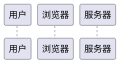
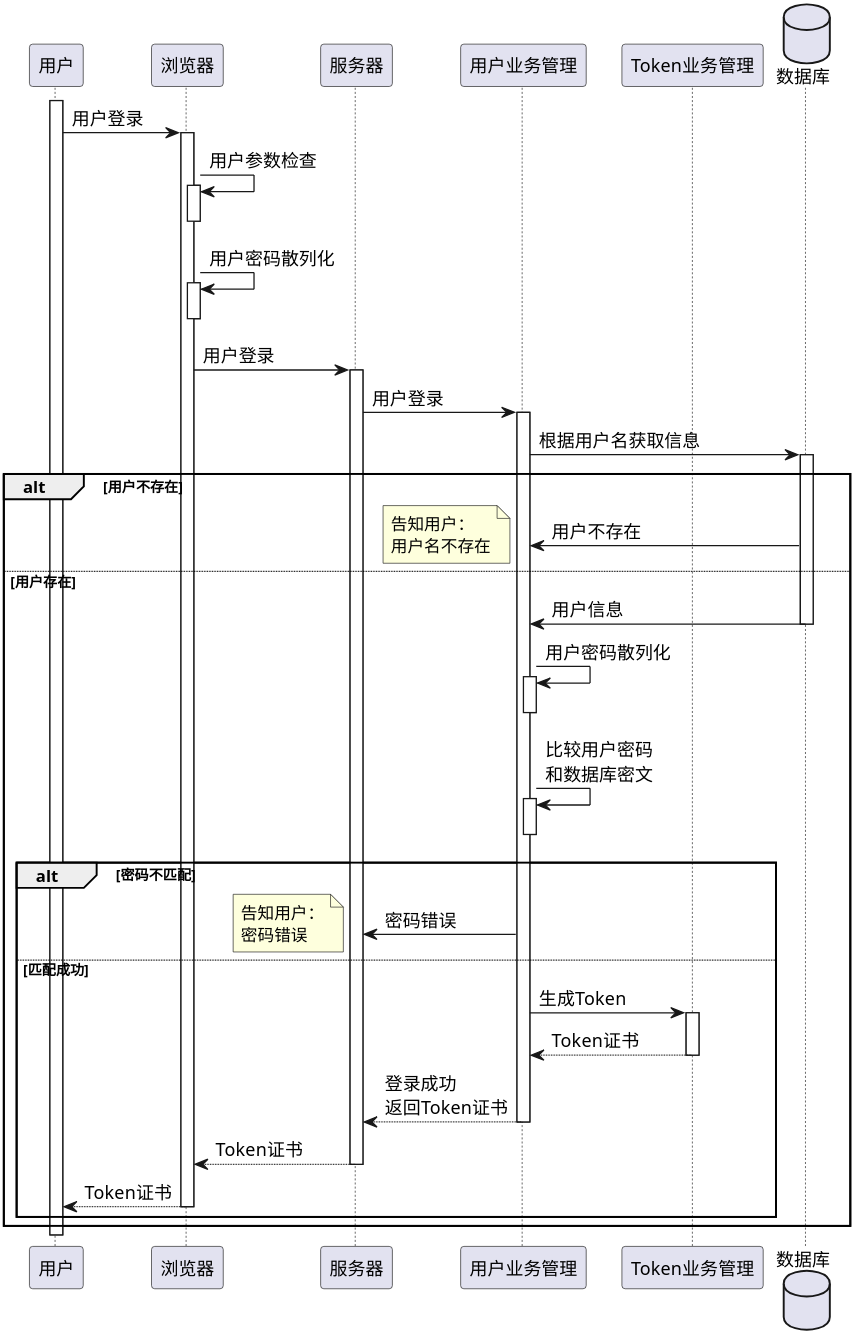
Before and after one commit to Etherealss/AskAnswer: the diagram in uml/时序图/user/登录.puml, drawn with PlantUML. The commit also changed 6 other files, not shown here.

```diff
--- a/uml/时序图/user/登录.puml
+++ b/uml/时序图/user/登录.puml
@@ -1,18 +1,47 @@
 @startuml
 'https://plantuml.com/sequence-diagram
 skinparam shadowing false
 skinparam defaultFontName xfonts-wqy
-skinparam dpi 150
+skinparam defaultFontName times
+skinparam dpi 300
 skinparam activity  {
     DiamondFontSize 14
     ArrowFontSize 14
     FontSize 14
 }
 
 participant 用户 as User
 participant 浏览器 as Browser
 participant 服务器 as Server
-participant 服务器 as Server
+participant 用户业务管理 as UserService
+participant Token业务管理 as TokenService
+database 数据库 as DB
 
+activate User
+User -> Browser ++: 用户登录
+Browser -> Browser ++--: 用户参数检查
+Browser -> Browser ++--: 用户密码散列化
+Browser -> Server ++ : 用户登录
+Server -> UserService ++: 用户登录
+UserService -> DB ++: 根据用户名获取信息
+alt 用户不存在
+    UserService <- DB: 用户不存在
+note left: 告知用户：\n用户名不存在
+else 用户存在
+    UserService <- DB --: 用户信息
+    UserService -> UserService++--: 用户密码散列化
+    UserService -> UserService++--: 比较用户密码\n和数据库密文
+    alt 密码不匹配
+        Server <- UserService : 密码错误
+        note left: 告知用户：\n密码错误
+    else 匹配成功
+        UserService -> TokenService ++: 生成Token
+        return Token证书
+        return 登录成功\n返回Token证书
+        return Token证书
+        return Token证书
+    end
+end
+deactivate User
 
 @enduml
```
